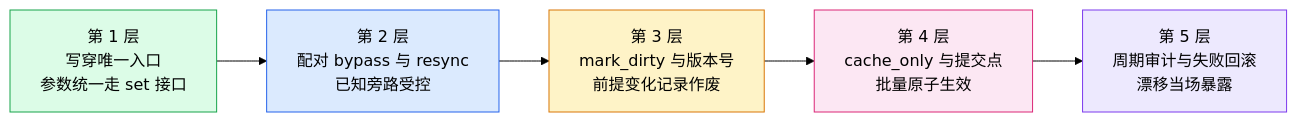
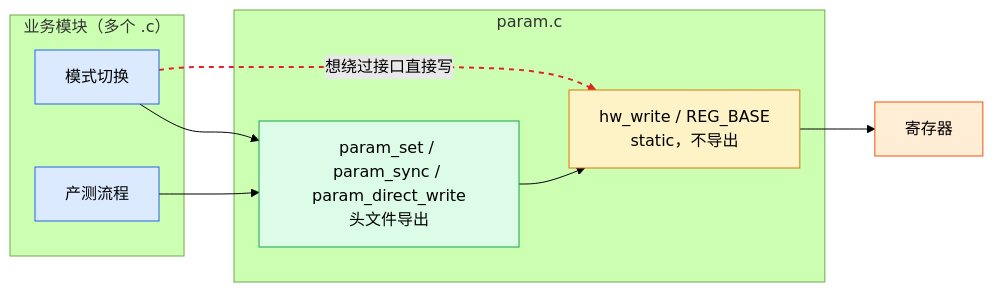
The second of 5 diagrams in content/posts/architecture/hardware_software_cache_coherence.md (DeguiLiu/tech-notes), drawn with Mermaid (forest theme) before and after one commit. The commit also changed other lines of this file and 1 other file, not shown here.

Commit message:
story-docs(blog): rewrite cache coherence post with code and diagrams

````diff
--- a/content/posts/architecture/hardware_software_cache_coherence.md
+++ b/content/posts/architecture/hardware_software_cache_coherence.md
@@ -264,17 +182,23 @@
 ```mermaid
 flowchart LR
-    L1["第 1 层<br/>写穿唯一入口<br/>参数统一走 set 接口"]:::l1
-    L2["第 2 层<br/>配对 bypass 与 resync<br/>已知旁路受控"]:::l2
-    L3["第 3 层<br/>mark_dirty 与版本号<br/>前提变化记录作废"]:::l3
-    L4["第 4 层<br/>cache_only 与提交点<br/>批量原子生效"]:::l4
-    L5["第 5 层<br/>周期审计与失败回滚<br/>漂移当场暴露"]:::l5
-    L1 --> L2
-    L2 --> L3
-    L3 --> L4
-    L4 --> L5
-    classDef l1 fill:#dcfce7,stroke:#16a34a
-    classDef l2 fill:#dbeafe,stroke:#2563eb
-    classDef l3 fill:#fef3c7,stroke:#d97706
-    classDef l4 fill:#fce7f3,stroke:#db2777
-    classDef l5 fill:#ede9fe,stroke:#7c3aed
+    subgraph BIZ["业务模块（多个 .c）"]
+        U1["模式切换"]:::app
+        U2["产测流程"]:::app
+    end
+    subgraph DRV["param.c"]
+        API["param_set / param_sync / param_direct_write<br/>头文件导出"]:::api
+        RAW["hw_write / REG_BASE<br/>static，不导出"]:::priv
+    end
+    REG["寄存器"]:::hw
+
+    U1 --> API
+    U2 --> API
+    API --> RAW
+    RAW --> REG
+    U1 -.->|"想绕过接口直接写"| RAW
+    classDef app fill:#dbeafe,stroke:#2563eb
+    classDef api fill:#dcfce7,stroke:#16a34a
+    classDef priv fill:#fef3c7,stroke:#d97706
+    classDef hw fill:#ffedd5,stroke:#ea580c
+    linkStyle 4 stroke:#dc2626,stroke-width:2px,stroke-dasharray:5 5
 ```
````
